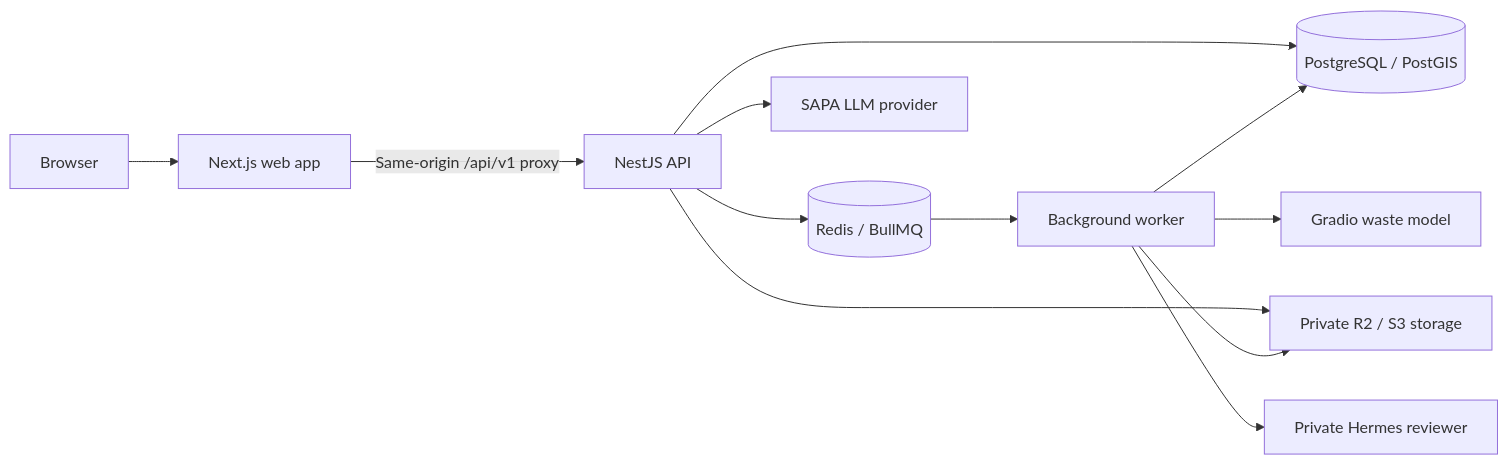
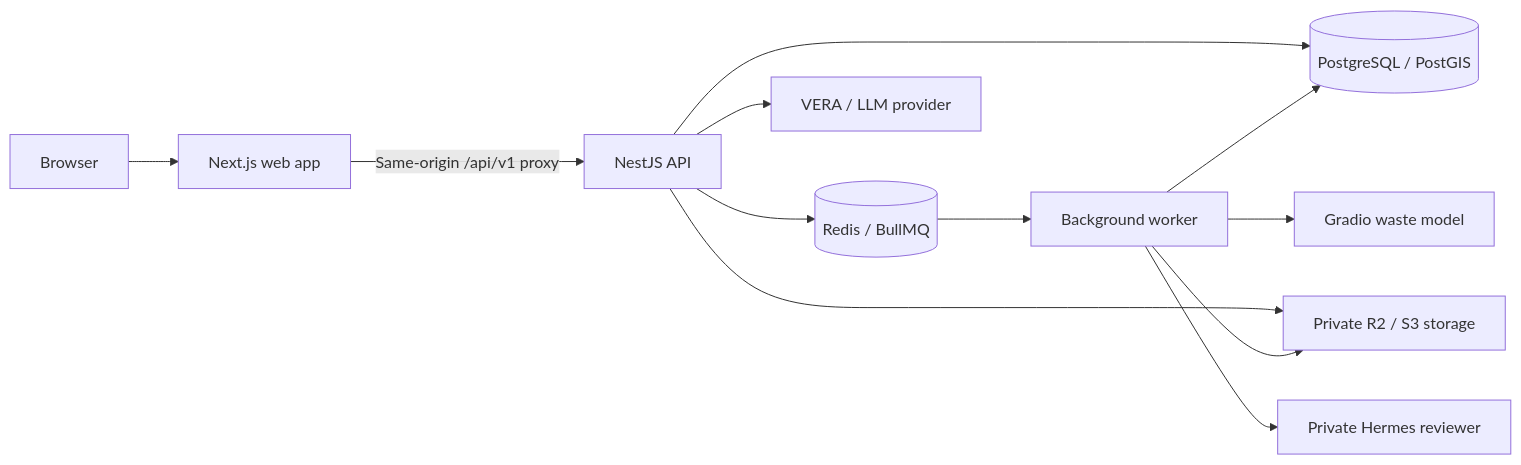
The diagram in README.md (sitaurs/VERGO), drawn with Mermaid before and after one commit. The commit also changed other lines of this file and 3 other files, not shown here.

````diff
--- a/README.md
+++ b/README.md
@@ -65,14 +80,14 @@
 ```mermaid
 flowchart LR
     Browser[Browser] --> Web[Next.js web app]
     Web -->|Same-origin /api/v1 proxy| API[NestJS API]
     API --> DB[(PostgreSQL / PostGIS)]
     API --> Queue[(Redis / BullMQ)]
     Queue --> Worker[Background worker]
     Worker --> ML[Gradio waste model]
     Worker --> DB
     API --> Storage[Private R2 / S3 storage]
     Worker --> Storage
-    API --> SAPA[SAPA LLM provider]
+    API --> VERA[VERA / LLM provider]
     Worker --> Hermes[Private Hermes reviewer]
 ```
````
